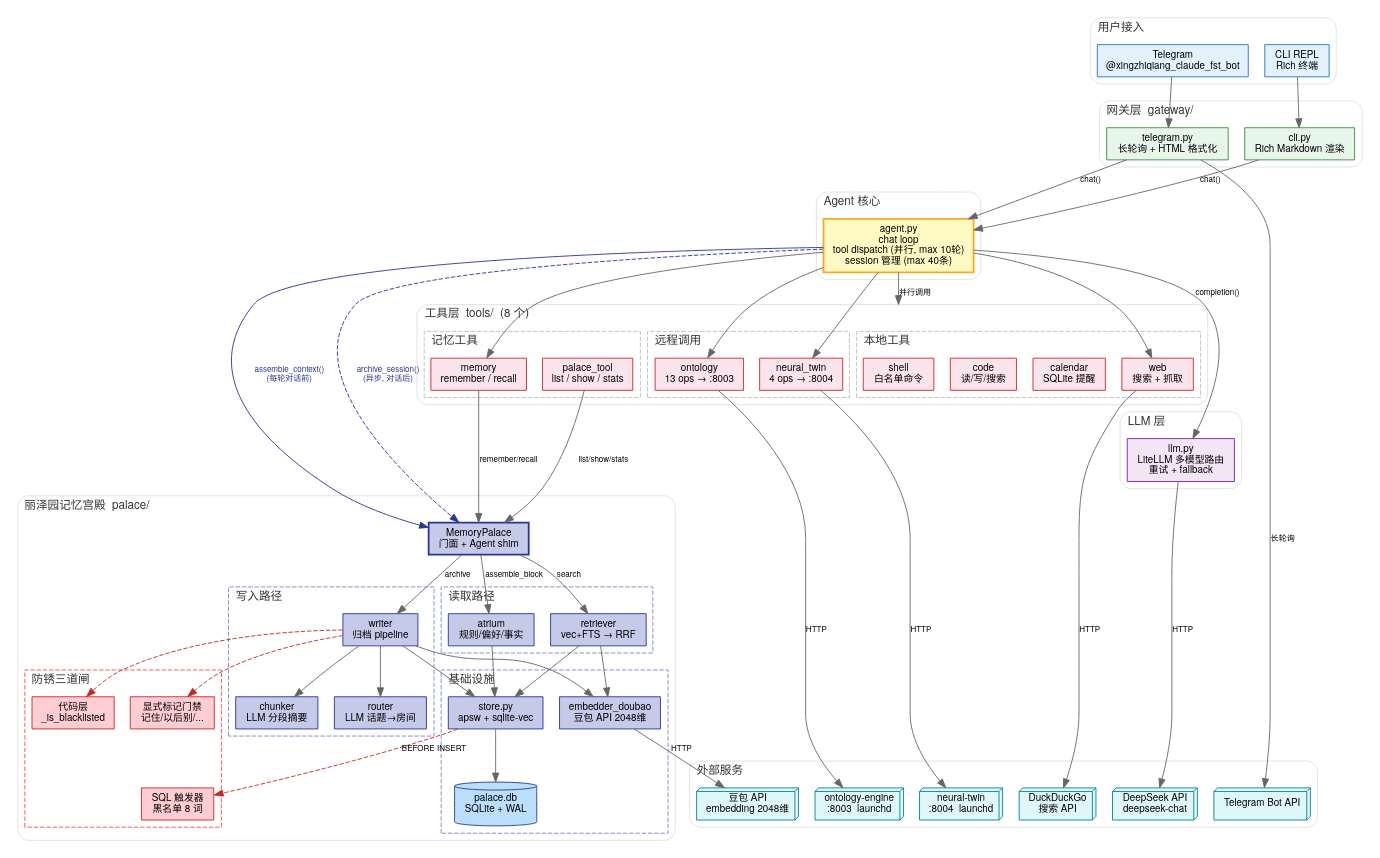
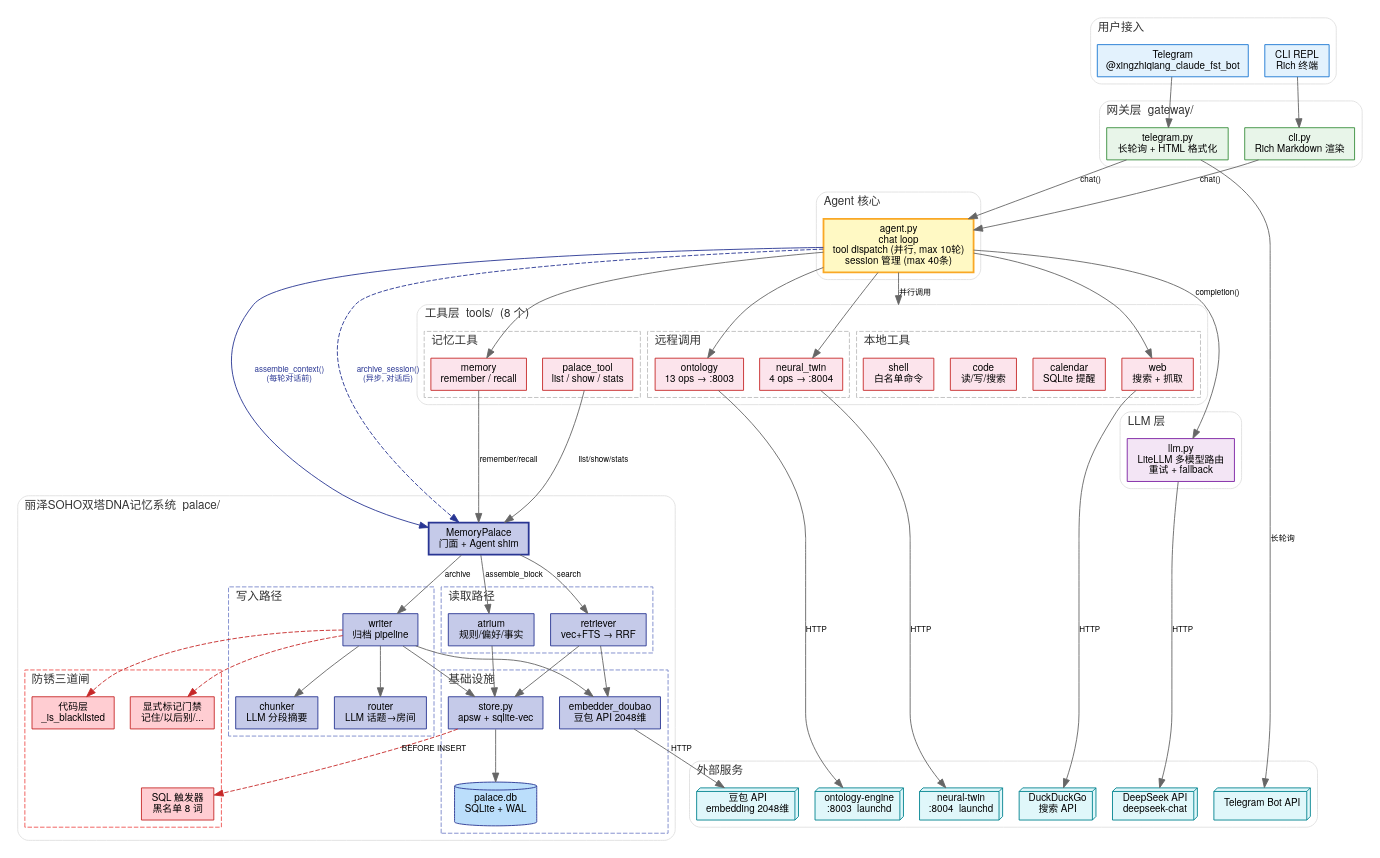
Before and after one commit to walkxing-glitch/mybot: the diagram in docs/architecture.dot, drawn with Graphviz. The commit also changed 10 other files, not shown here.

Commit message:
rename: 丽泽园记忆宫殿 → 丽泽SOHO双塔DNA记忆系统

```diff
--- a/docs/architecture.dot
+++ b/docs/architecture.dot
@@ -1,180 +1,180 @@
 digraph mybot {
     // Global
     rankdir=TB;
     fontname="Helvetica Neue";
     node [fontname="Helvetica Neue", fontsize=11, style=filled, shape=box, margin="0.15,0.08"];
     edge [fontname="Helvetica Neue", fontsize=9, color="#666666"];
     bgcolor="white";
     compound=true;
     newrank=true;
 
     // ===== User Layer =====
     subgraph cluster_user {
         label="用户接入"; labeljust=l; style=rounded; color="#E0E0E0"; fillcolor="#FAFAFA"; fontsize=13; fontcolor="#333333";
         node [fillcolor="#E3F2FD", color="#1976D2"];
         telegram [label="Telegram\n@xingzhiqiang_claude_fst_bot", shape=box];
         cli [label="CLI REPL\nRich 终端"];
     }
 
     // ===== Gateway Layer =====
     subgraph cluster_gateway {
         label="网关层  gateway/"; labeljust=l; style=rounded; color="#E0E0E0"; fillcolor="#FAFAFA"; fontsize=13; fontcolor="#333333";
         node [fillcolor="#E8F5E9", color="#388E3C"];
         gw_telegram [label="telegram.py\n长轮询 + HTML 格式化"];
         gw_cli [label="cli.py\nRich Markdown 渲染"];
     }
 
     // ===== Agent Core =====
     subgraph cluster_agent {
         label="Agent 核心"; labeljust=l; style=rounded; color="#E0E0E0"; fillcolor="#FFF8E1"; fontsize=13; fontcolor="#333333";
         node [fillcolor="#FFF9C4", color="#F9A825"];
         agent [label="agent.py\nchat loop\ntool dispatch (并行, max 10轮)\nsession 管理 (max 40条)", shape=box, penwidth=2];
     }
 
     // ===== LLM =====
     subgraph cluster_llm {
         label="LLM 层"; labeljust=l; style=rounded; color="#E0E0E0"; fillcolor="#FAFAFA"; fontsize=13; fontcolor="#333333";
         node [fillcolor="#F3E5F5", color="#7B1FA2"];
         llm [label="llm.py\nLiteLLM 多模型路由\n重试 + fallback"];
     }
 
     // ===== Tools =====
     subgraph cluster_tools {
         label="工具层  tools/  (8 个)"; labeljust=l; style=rounded; color="#E0E0E0"; fillcolor="#FAFAFA"; fontsize=13; fontcolor="#333333";
         node [fillcolor="#FCE4EC", color="#C62828"];
 
         subgraph cluster_tools_local {
             label="本地工具"; style=dashed; color="#BDBDBD"; fillcolor="#FFF5F5";
             tool_shell [label="shell\n白名单命令"];
             tool_code [label="code\n读/写/搜索"];
             tool_calendar [label="calendar\nSQLite 提醒"];
             tool_web [label="web\n搜索 + 抓取"];
         }
 
         subgraph cluster_tools_memory {
             label="记忆工具"; style=dashed; color="#BDBDBD"; fillcolor="#FFF5F5";
             tool_memory [label="memory\nremember / recall"];
             tool_palace [label="palace_tool\nlist / show / stats"];
         }
 
         subgraph cluster_tools_remote {
             label="远程调用"; style=dashed; color="#BDBDBD"; fillcolor="#FFF5F5";
             tool_ontology [label="ontology\n13 ops → :8003"];
             tool_neural [label="neural_twin\n4 ops → :8004"];
         }
     }
 
     // ===== Memory Palace =====
     subgraph cluster_palace {
-        label="丽泽园记忆宫殿  palace/"; labeljust=l; style=rounded; color="#E0E0E0"; fillcolor="#E8EAF6"; fontsize=13; fontcolor="#333333";
+        label="丽泽SOHO双塔DNA记忆系统  palace/"; labeljust=l; style=rounded; color="#E0E0E0"; fillcolor="#E8EAF6"; fontsize=13; fontcolor="#333333";
         node [fillcolor="#C5CAE9", color="#283593"];
 
         palace_facade [label="MemoryPalace\n门面 + Agent shim", penwidth=2];
 
         subgraph cluster_palace_write {
             label="写入路径"; style=dashed; color="#7986CB"; fillcolor="#E8EAF6";
             chunker [label="chunker\nLLM 分段摘要"];
             router [label="router\nLLM 话题→房间"];
             writer [label="writer\n归档 pipeline"];
         }
 
         subgraph cluster_palace_read {
             label="读取路径"; style=dashed; color="#7986CB"; fillcolor="#E8EAF6";
             retriever [label="retriever\nvec+FTS → RRF"];
             atrium [label="atrium\n规则/偏好/事实"];
         }
 
         subgraph cluster_palace_infra {
             label="基础设施"; style=dashed; color="#7986CB"; fillcolor="#E8EAF6";
             store [label="store.py\napsw + sqlite-vec"];
             embedder [label="embedder_doubao\n豆包 API 2048维"];
             palace_db [label="palace.db\nSQLite + WAL", shape=cylinder, fillcolor="#BBDEFB"];
         }
 
         subgraph cluster_palace_guard {
             label="防锈三道闸"; style=dashed; color="#EF5350"; fillcolor="#FFEBEE";
             node [fillcolor="#FFCDD2", color="#C62828"];
             guard_sql [label="SQL 触发器\n黑名单 8 词"];
             guard_code [label="代码层\n_is_blacklisted"];
             guard_explicit [label="显式标记门禁\n记住/以后别/..."];
         }
     }
 
     // ===== External Services =====
     subgraph cluster_external {
         label="外部服务"; labeljust=l; style=rounded; color="#E0E0E0"; fillcolor="#FAFAFA"; fontsize=13; fontcolor="#333333";
         node [fillcolor="#E0F7FA", color="#00838F", shape=box3d];
         deepseek [label="DeepSeek API\ndeepseek-chat"];
         doubao_api [label="豆包 API\nembedding 2048维"];
         ontology_engine [label="ontology-engine\n:8003  launchd"];
         neural_twin_svc [label="neural-twin\n:8004  launchd"];
         duckduckgo [label="DuckDuckGo\n搜索 API"];
         telegram_api [label="Telegram Bot API"];
     }
 
     // ===== Edges =====
 
     // User → Gateway
     telegram -> gw_telegram;
     cli -> gw_cli;
 
     // Gateway → Agent
     gw_telegram -> agent [label="chat()"];
     gw_cli -> agent [label="chat()"];
 
     // Agent → LLM
     agent -> llm [label="completion()"];
     llm -> deepseek [label="HTTP"];
 
     // Agent → Tools
     agent -> tool_shell [label="并行调用", lhead=cluster_tools];
     agent -> tool_code [style=invis];
     agent -> tool_calendar [style=invis];
     agent -> tool_web;
     agent -> tool_memory;
     agent -> tool_palace [style=invis];
     agent -> tool_ontology;
     agent -> tool_neural;
 
     // Tool → External
     tool_ontology -> ontology_engine [label="HTTP"];
     tool_neural -> neural_twin_svc [label="HTTP"];
     tool_web -> duckduckgo [label="HTTP"];
     gw_telegram -> telegram_api [label="长轮询"];
 
     // Agent ↔ Palace
     agent -> palace_facade [label="assemble_context()\n(每轮对话前)", color="#283593", fontcolor="#283593"];
     agent -> palace_facade [label="archive_session()\n(异步, 对话后)", style=dashed, color="#283593", fontcolor="#283593"];
 
     // Palace internal
     palace_facade -> retriever [label="search"];
     palace_facade -> atrium [label="assemble_block"];
     palace_facade -> writer [label="archive"];
 
     writer -> chunker;
     writer -> router;
     writer -> embedder;
     writer -> store;
 
     retriever -> store;
     retriever -> embedder;
     atrium -> store;
 
     store -> palace_db;
     embedder -> doubao_api [label="HTTP"];
 
     // Guards
     writer -> guard_code [style=dashed, color="#C62828"];
     store -> guard_sql [style=dashed, color="#C62828", label="BEFORE INSERT"];
     writer -> guard_explicit [style=dashed, color="#C62828"];
 
     // Memory tool → Palace
     tool_memory -> palace_facade [label="remember/recall"];
     tool_palace -> palace_facade [label="list/show/stats"];
 
     // Layout hints
     {rank=same; telegram; cli}
     {rank=same; gw_telegram; gw_cli}
     {rank=same; tool_shell; tool_code; tool_calendar; tool_web; tool_memory; tool_palace; tool_ontology; tool_neural}
     {rank=same; deepseek; doubao_api; ontology_engine; neural_twin_svc; duckduckgo; telegram_api}
 }
```
